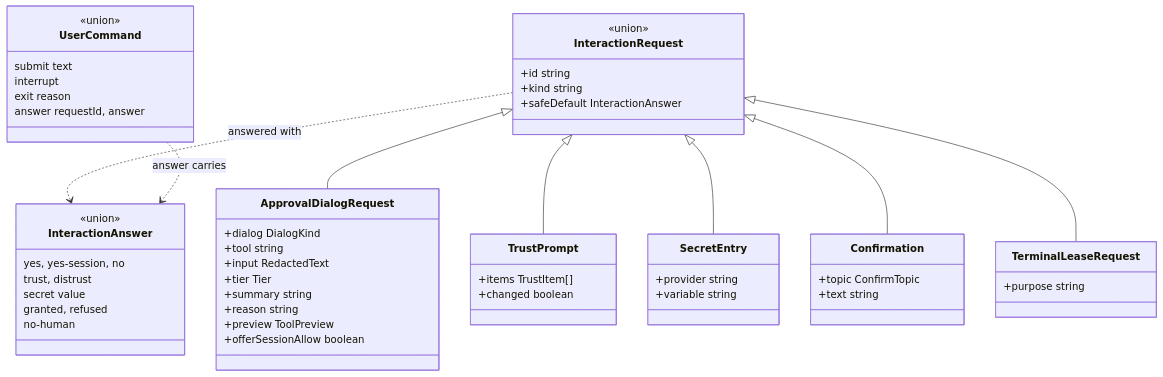
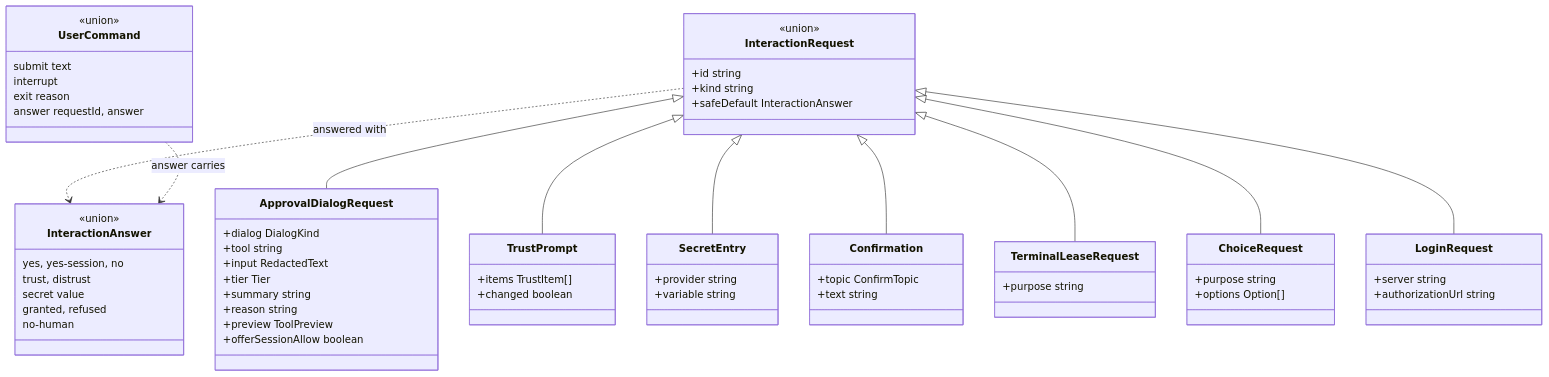
Before and after one commit to Dakshnagpal/antai-agent: diagram 22 of 30 in docs/Deliverables/06_domain_model_uml.md, drawn with Mermaid. The commit also changed other lines of this file and 18 other files, not shown here.

````diff
--- a/docs/Deliverables/06_domain_model_uml.md
+++ b/docs/Deliverables/06_domain_model_uml.md
@@ -1671,56 +1684,66 @@
 ```mermaid
 classDiagram
     class UserCommand {
         <<union>>
         submit text
         interrupt
         exit reason
         answer requestId, answer
     }
     class InteractionRequest {
         <<union>>
         +id string
         +kind string
         +safeDefault InteractionAnswer
     }
     class ApprovalDialogRequest {
         +dialog DialogKind
         +tool string
         +input RedactedText
         +tier Tier
         +summary string
         +reason string
         +preview ToolPreview
         +offerSessionAllow boolean
     }
     class TrustPrompt {
         +items TrustItem[]
         +changed boolean
     }
     class SecretEntry {
         +provider string
         +variable string
     }
     class Confirmation {
         +topic ConfirmTopic
         +text string
     }
     class TerminalLeaseRequest {
         +purpose string
     }
+    class ChoiceRequest {
+        +purpose string
+        +options Option[]
+    }
+    class LoginRequest {
+        +server string
+        +authorizationUrl string
+    }
     class InteractionAnswer {
         <<union>>
         yes, yes-session, no
         trust, distrust
         secret value
         granted, refused
         no-human
     }
     InteractionRequest <|-- ApprovalDialogRequest
     InteractionRequest <|-- TrustPrompt
     InteractionRequest <|-- SecretEntry
     InteractionRequest <|-- Confirmation
     InteractionRequest <|-- TerminalLeaseRequest
+    InteractionRequest <|-- ChoiceRequest
+    InteractionRequest <|-- LoginRequest
     InteractionRequest ..> InteractionAnswer : answered with
     UserCommand ..> InteractionAnswer : answer carries
 ```
````
